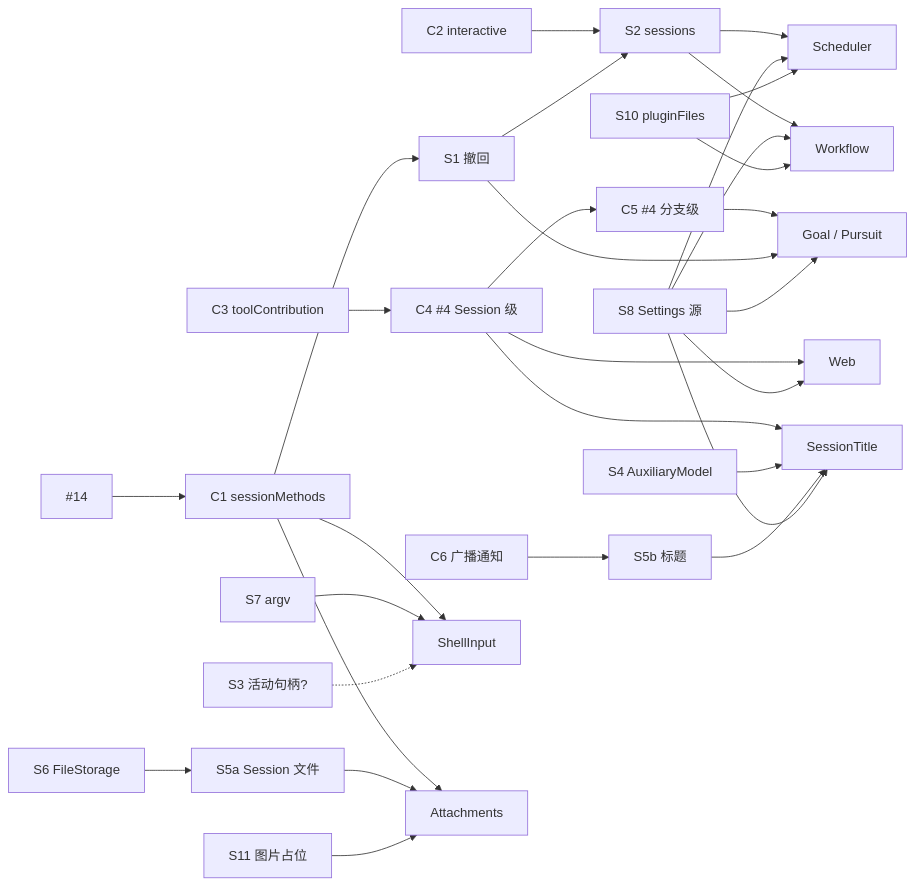
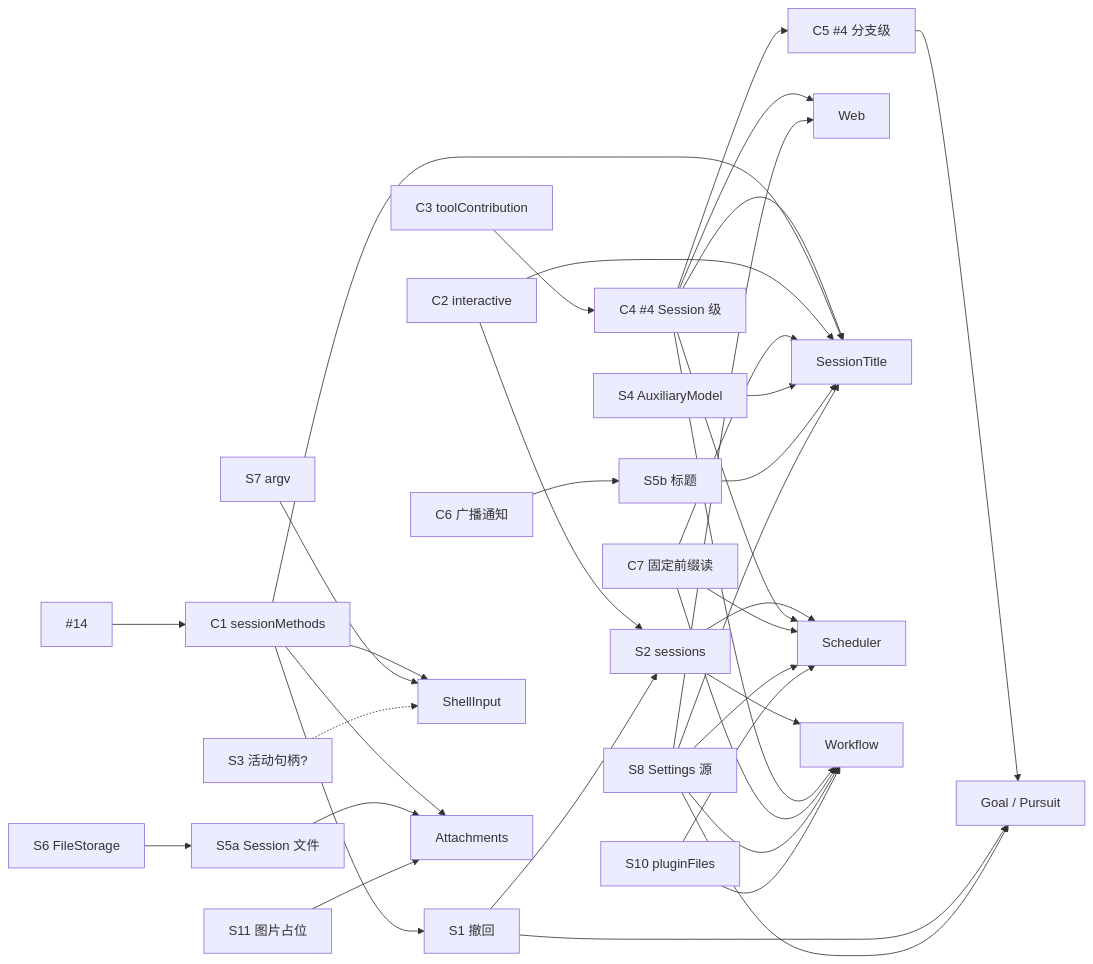
The diagram in docs/design/roadmap.md (CoutinhoTTS/dim-agent), drawn with Mermaid before and after one commit. The commit also changed other lines of this file and 20 other files, not shown here.

````diff
--- a/docs/design/roadmap.md
+++ b/docs/design/roadmap.md
@@ -119,32 +120,39 @@
 ```mermaid
 flowchart LR
   PR14["#14"] --> C1["C1 sessionMethods"]
   C3["C3 toolContribution"] --> C4["C4 #4 Session 级"] --> C5["C5 #4 分支级"]
   C1 --> S1["S1 撤回"]
   C2["C2 interactive"] --> S2["S2 sessions"]
   S1 --> S2
   C6["C6 广播通知"] --> S5b["S5b 标题"]
   S6["S6 FileStorage"] --> S5a["S5a Session 文件"]
 
   C1 --> SH["ShellInput"]
   S7["S7 argv"] --> SH
   S3["S3 活动句柄?"] -.-> SH
   C1 --> AT["Attachments"]
   S5a --> AT
   S11["S11 图片占位"] --> AT
   C4 --> WEB["Web"]
   S8["S8 Settings 源"] --> WEB
   C4 --> ST["SessionTitle"]
+  C1 --> ST
+  C2 --> ST
+  C7["C7 固定前缀读"] --> ST
   S4["S4 AuxiliaryModel"] --> ST
   S5b --> ST
   S8 --> ST
   C5 --> GO["Goal / Pursuit"]
   S1 --> GO
   S8 --> GO
   S2 --> SC["Scheduler"]
   S2 --> WF["Workflow"]
+  C4 --> SC
+  C4 --> WF
+  C7 --> SC
+  C7 --> WF
   S8 --> SC
   S8 --> WF
   S10["S10 pluginFiles"] --> SC
   S10 --> WF
 ```
````
